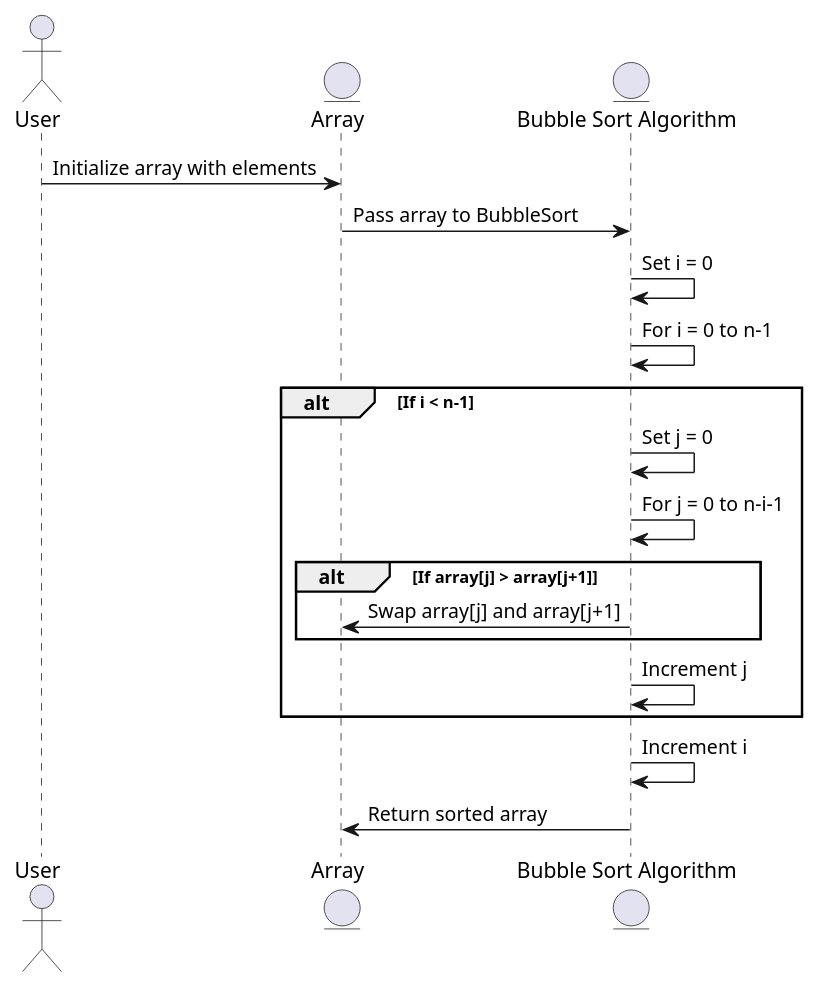
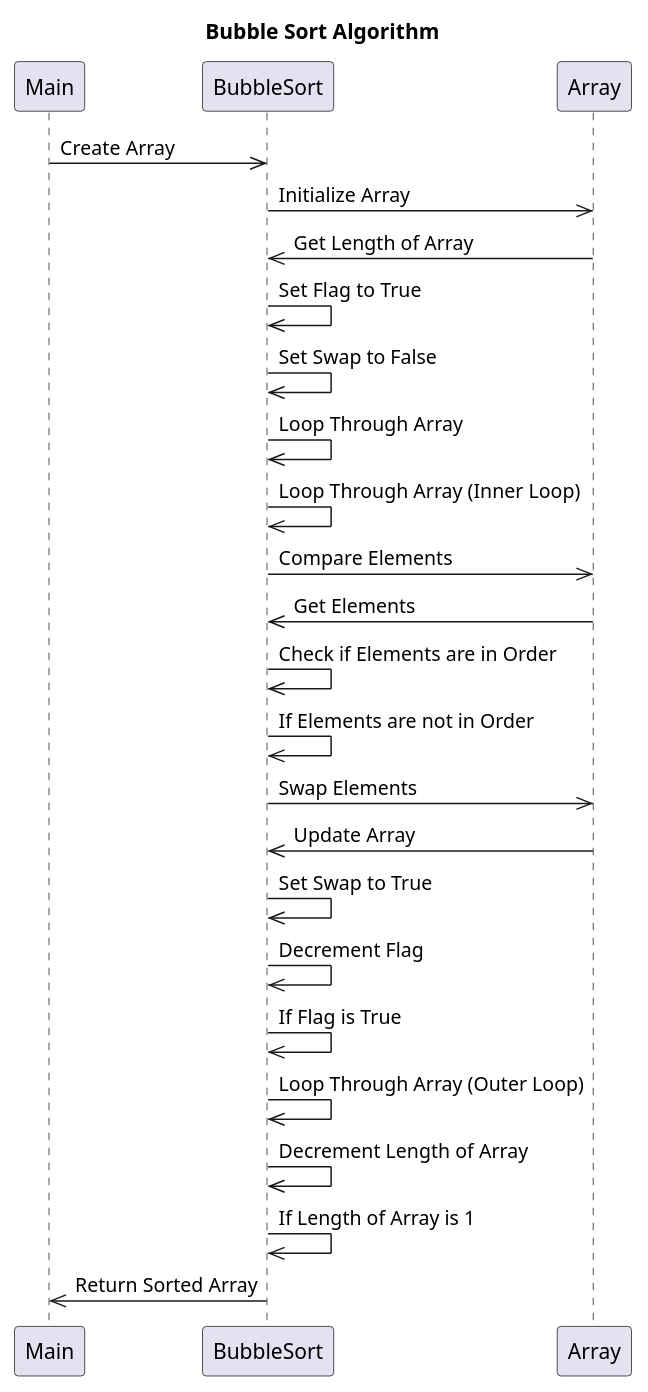
Before and after one commit to me-is-mukul/jolly-joysticks: the diagram in temp_diagram.puml, drawn with PlantUML. The commit also changed other lines of this file and 3 other files, not shown here.

Commit message:
new feautures for uml generation

```diff
--- a/temp_diagram.puml
+++ b/temp_diagram.puml
@@ -1,20 +2,27 @@
 @startuml
-actor User
-entity "Array" as Array
-entity "Bubble Sort Algorithm" as BubbleSort
+title Bubble Sort Algorithm
+participant Main
+participant BubbleSort
+participant Array
 
-User -> Array: Initialize array with elements
-Array -> BubbleSort: Pass array to BubbleSort
-BubbleSort -> BubbleSort: Set i = 0
-BubbleSort -> BubbleSort: For i = 0 to n-1
-alt If i < n-1
-    BubbleSort -> BubbleSort: Set j = 0
-    BubbleSort -> BubbleSort: For j = 0 to n-i-1
-    alt If array[j] > array[j+1]
-        BubbleSort -> Array: Swap array[j] and array[j+1]
-    end
-    BubbleSort -> BubbleSort: Increment j
-end
-BubbleSort -> BubbleSort: Increment i
-BubbleSort -> Array: Return sorted array
+Main->>BubbleSort: Create Array
+BubbleSort->>Array: Initialize Array
+Array->>BubbleSort: Get Length of Array
+BubbleSort->>BubbleSort: Set Flag to True
+BubbleSort->>BubbleSort: Set Swap to False
+BubbleSort->>BubbleSort: Loop Through Array
+BubbleSort->>BubbleSort: Loop Through Array (Inner Loop)
+BubbleSort->>Array: Compare Elements
+Array->>BubbleSort: Get Elements
+BubbleSort->>BubbleSort: Check if Elements are in Order
+BubbleSort->>BubbleSort: If Elements are not in Order
+BubbleSort->>Array: Swap Elements
+Array->>BubbleSort: Update Array
+BubbleSort->>BubbleSort: Set Swap to True
+BubbleSort->>BubbleSort: Decrement Flag
+BubbleSort->>BubbleSort: If Flag is True
+BubbleSort->>BubbleSort: Loop Through Array (Outer Loop)
+BubbleSort->>BubbleSort: Decrement Length of Array
+BubbleSort->>BubbleSort: If Length of Array is 1
+BubbleSort->>Main: Return Sorted Array
 @enduml
```
